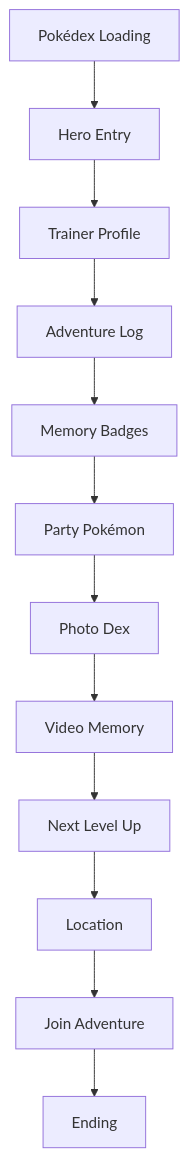
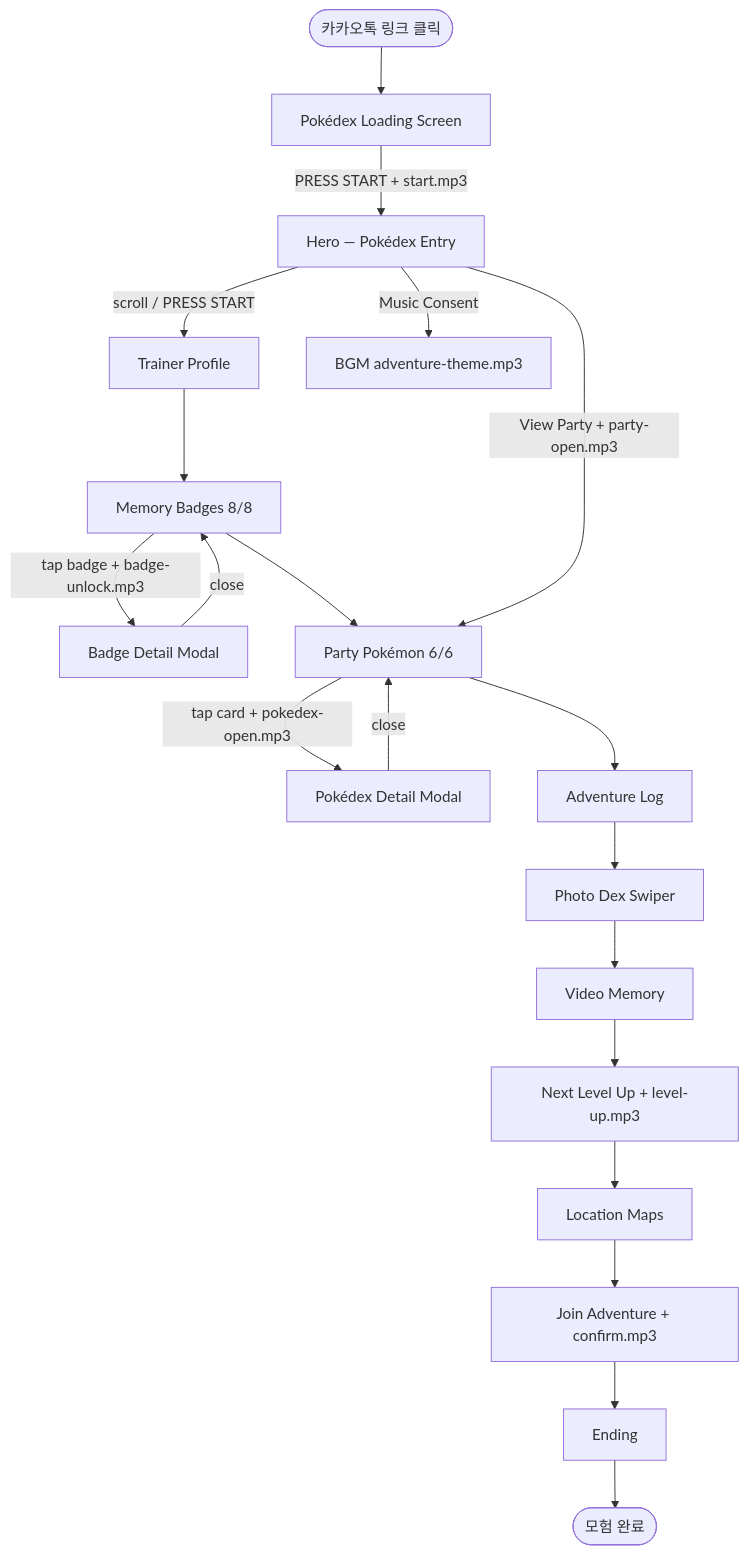
One commit to 10wook/BirthDay_invitaion changed the first of 5 diagrams in docs/pokemon-trainer/04-page-flow.md. Above: the diagram before and after it, drawn with Mermaid. The commit also changed other lines of this file and 53 other files, not shown here.

First line of the commit message:
feat: Pokémon Trainer v2 — AudioManager, pokemon.json, 8 badges

````diff
--- a/docs/pokemon-trainer/04-page-flow.md
+++ b/docs/pokemon-trainer/04-page-flow.md
@@ -3,14 +9,23 @@
 ```mermaid
-graph TD
-    A[Pokédex Loading] --> B[Hero Entry]
-    B --> C[Trainer Profile]
-    C --> D[Adventure Log]
-    D --> E[Memory Badges]
-    E --> F[Party Pokémon]
-    F --> G[Photo Dex]
-    G --> H[Video Memory]
-    H --> I[Next Level Up]
-    I --> J[Location]
-    J --> K[Join Adventure]
-    K --> L[Ending]
+flowchart TD
+    START([카카오톡 링크 클릭]) --> LOAD[Pokédex Loading Screen]
+    LOAD -->|PRESS START + start.mp3| HERO[Hero — Pokédex Entry]
+    HERO -->|scroll / PRESS START| PROFILE[Trainer Profile]
+    PROFILE --> BADGES[Memory Badges 8/8]
+    BADGES -->|tap badge + badge-unlock.mp3| BADGE_MODAL[Badge Detail Modal]
+    BADGE_MODAL -->|close| BADGES
+    BADGES --> PARTY[Party Pokémon 6/6]
+    PARTY -->|tap card + pokedex-open.mp3| POKE_MODAL[Pokédex Detail Modal]
+    POKE_MODAL -->|close| PARTY
+    PARTY --> LOG[Adventure Log]
+    LOG --> PHOTOS[Photo Dex Swiper]
+    PHOTOS --> VIDEO[Video Memory]
+    VIDEO --> LEVEL[Next Level Up + level-up.mp3]
+    LEVEL --> LOC[Location Maps]
+    LOC --> RSVP[Join Adventure + confirm.mp3]
+    RSVP --> END[Ending]
+    END --> DONE([모험 완료])
+
+    HERO -->|View Party + party-open.mp3| PARTY
+    HERO -->|Music Consent| BGM[BGM adventure-theme.mp3]
 ```
````
